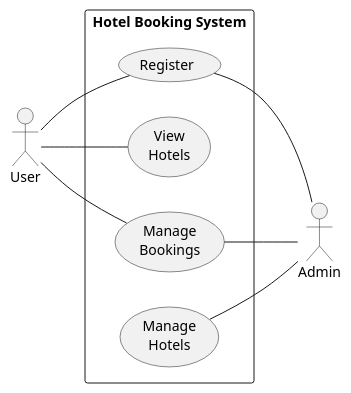
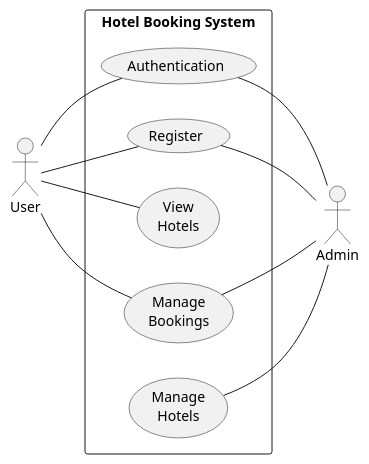
One commit to bankith/CodeAndCanvasHotelBooking changed the diagram in hotelBookingBackend/diagrams/HotelBookingUsecase.puml. Above: the diagram before and after it, drawn with PlantUML. The commit also changed 1 other file, not shown here.

Commit message:
fix: uml image

```diff
--- a/hotelBookingBackend/diagrams/HotelBookingUsecase.puml
+++ b/hotelBookingBackend/diagrams/HotelBookingUsecase.puml
@@ -1,20 +1,23 @@
 @startuml VacQ System Use Case Diagram
 left to right direction
 actor "User" as user
 rectangle "Hotel Booking System" as VacQSystem {    
+    usecase "Authentication" as authenHotels
     usecase "Register" as register
     usecase "View\nHotels" as viewHotels
     usecase "Manage\nBookings" as manageBooking
     usecase "Manage\nHotels" as manageHotels
 }
 
 user -- register
 user -- viewHotels
 user -- manageBooking
+user -- authenHotels
 
 actor "Admin" as admin
 register -- admin
 manageHotels -- admin
 manageBooking -- admin
+authenHotels -- admin
 
 @enduml
```
